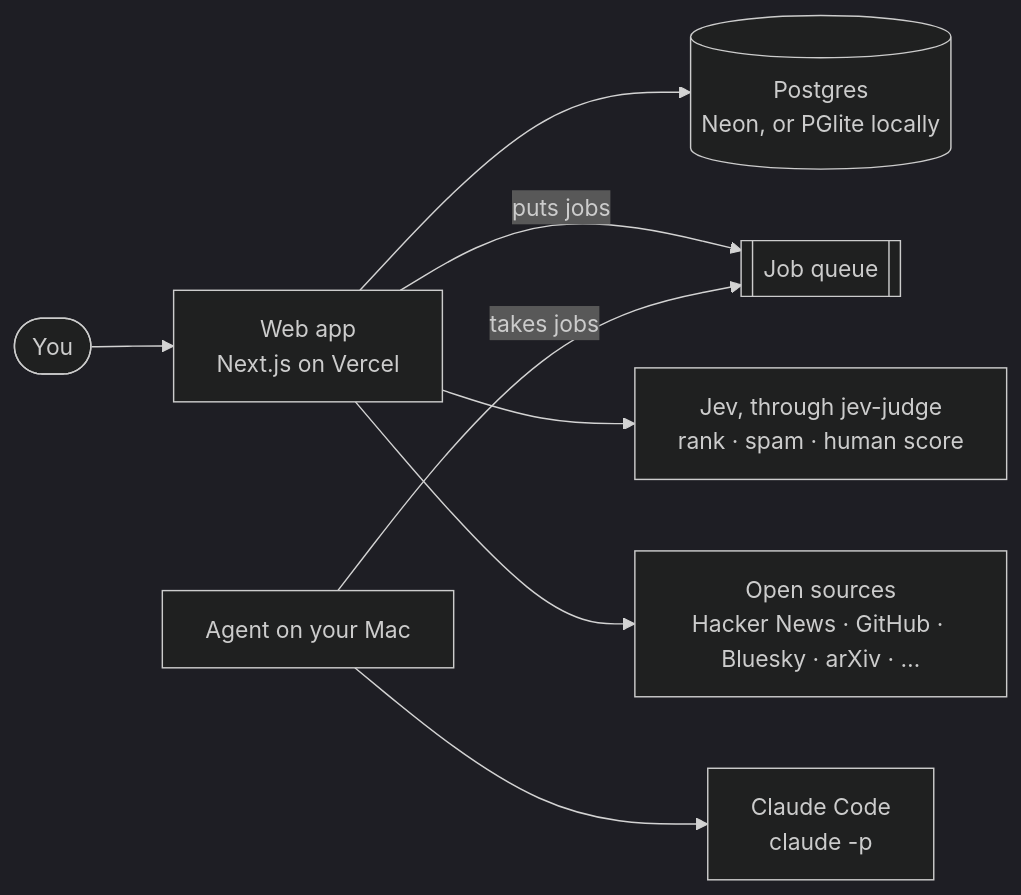
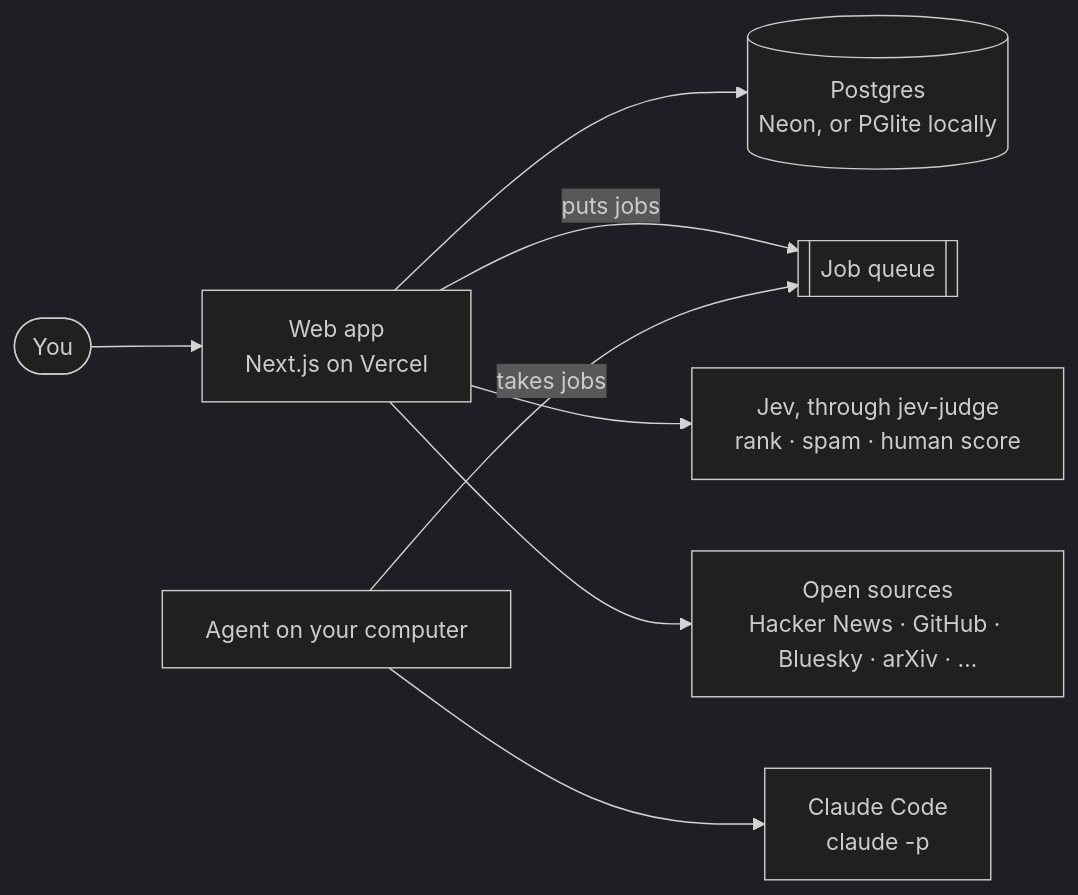
Before and after one commit to simojam93/postecho: the diagram in README.md, drawn with Mermaid (dark theme). The commit also changed other lines of this file and 1 other file, not shown here.

Commit message:
docs: your computer, not your Mac, since it runs on Linux too

````diff
--- a/README.md
+++ b/README.md
@@ -102,10 +102,10 @@
 ```mermaid
 flowchart LR
   you([You]) --> web["Web app<br/>Next.js on Vercel"]
   web --> db[("Postgres<br/>Neon, or PGlite locally")]
   web -- "puts jobs" --> queue[["Job queue"]]
-  agent["Agent on your Mac"] -- "takes jobs" --> queue
+  agent["Agent on your computer"] -- "takes jobs" --> queue
   agent --> claude["Claude Code<br/>claude -p"]
   web --> jev["Jev, through jev-judge<br/>rank · spam · human score"]
   web --> sources["Open sources<br/>Hacker News · GitHub · Bluesky · arXiv · …"]
 ```
````
